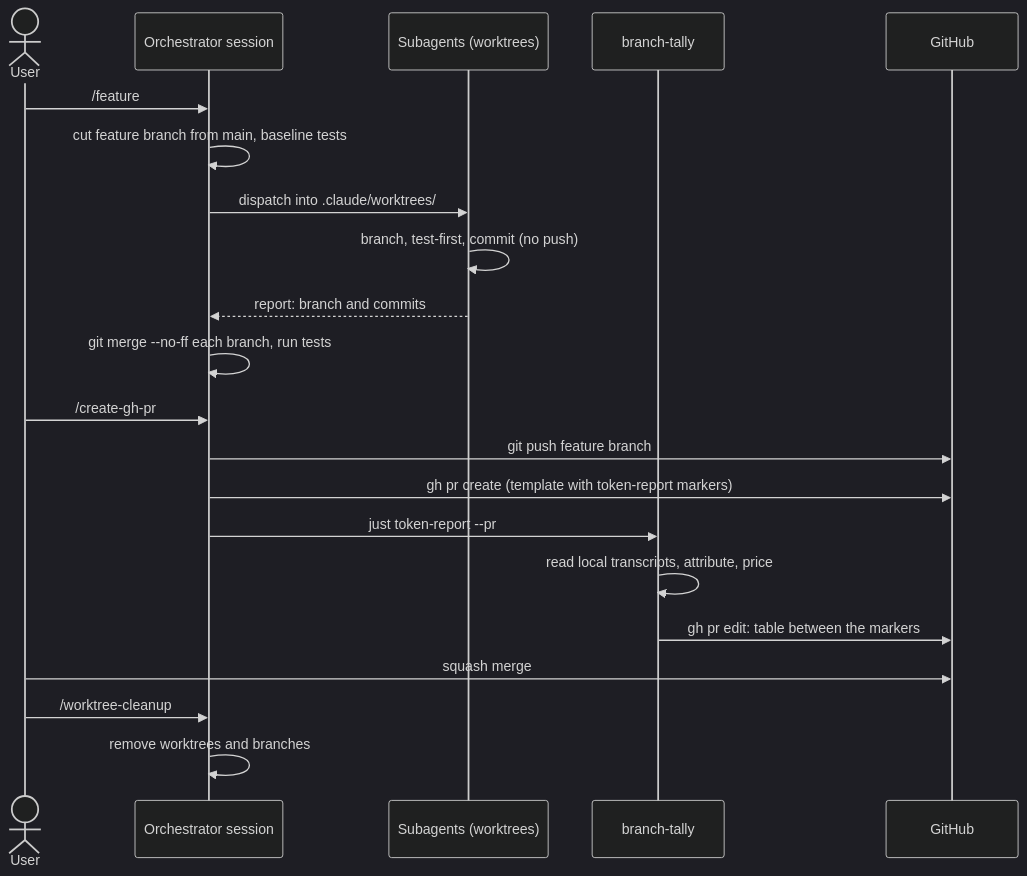
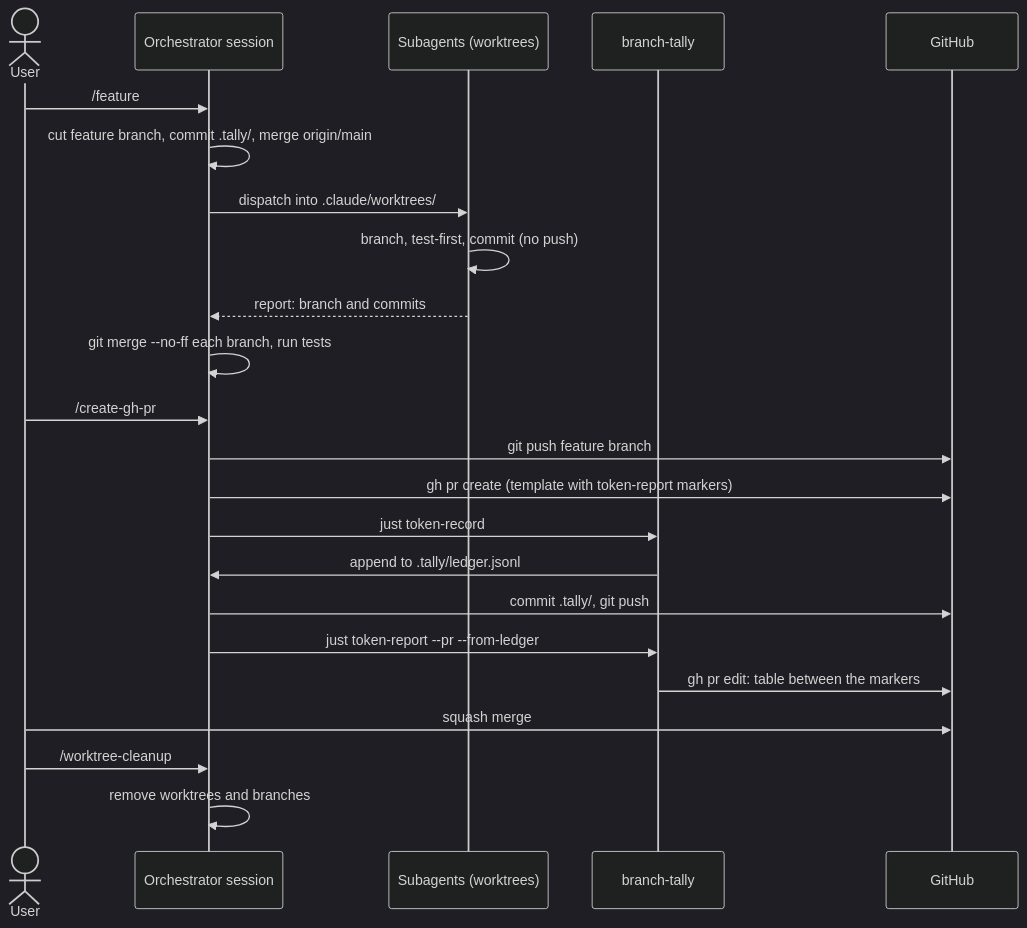
Before and after one commit to IAmSkweetis/branch-tally: the third of 3 diagrams in docs/manual/src/workflows/this-repository.md, drawn with Mermaid (dark theme). The commit also changed other lines of this file and 12 other files, not shown here.

````diff
--- a/docs/manual/src/workflows/this-repository.md
+++ b/docs/manual/src/workflows/this-repository.md
@@ -101,24 +161,26 @@
 ```mermaid
 sequenceDiagram
     actor User
     participant O as Orchestrator session
     participant A as Subagents (worktrees)
     participant BT as branch-tally
     participant GH as GitHub
 
     User->>O: /feature
-    O->>O: cut feature branch from main, baseline tests
+    O->>O: cut feature branch, commit .tally/, merge origin/main
     O->>A: dispatch into .claude/worktrees/
     A->>A: branch, test-first, commit (no push)
     A-->>O: report: branch and commits
     O->>O: git merge --no-ff each branch, run tests
     User->>O: /create-gh-pr
     O->>GH: git push feature branch
     O->>GH: gh pr create (template with token-report markers)
-    O->>BT: just token-report --pr
-    BT->>BT: read local transcripts, attribute, price
+    O->>BT: just token-record
+    BT->>O: append to .tally/ledger.jsonl
+    O->>GH: commit .tally/, git push
+    O->>BT: just token-report --pr --from-ledger
     BT->>GH: gh pr edit: table between the markers
     User->>GH: squash merge
     User->>O: /worktree-cleanup
     O->>O: remove worktrees and branches
 ```
````
